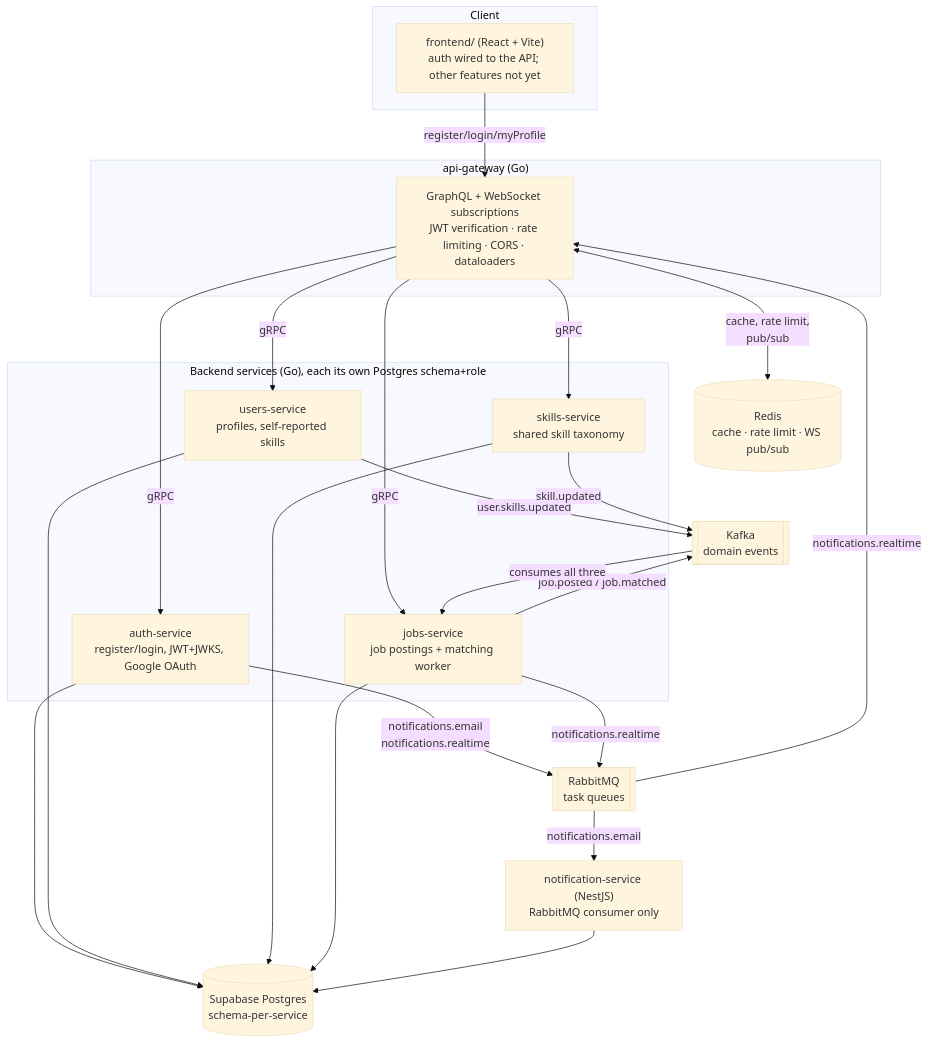
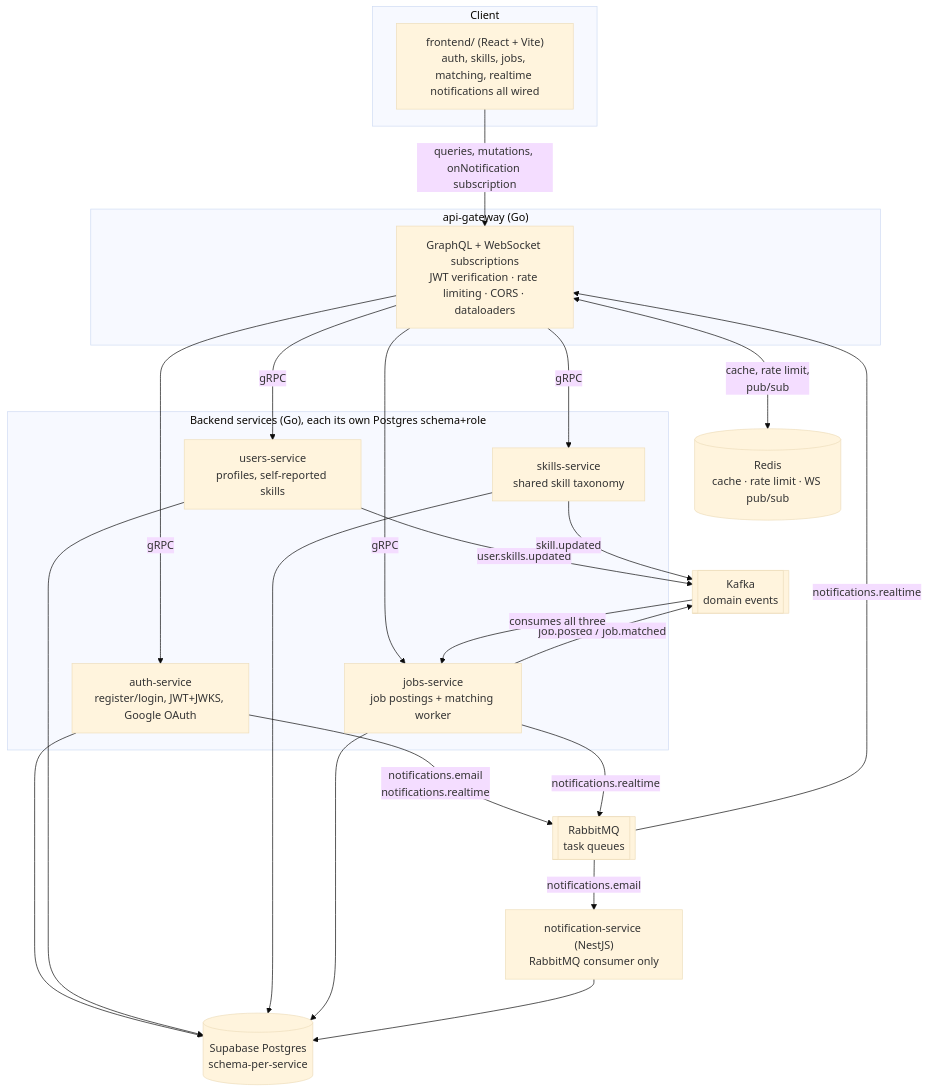
One commit to Siddsharma25/skill-bridge-platform changed the diagram in docs/ARCHITECTURE.md. Above: the diagram before and after it, drawn with Mermaid (base theme). The commit also changed other lines of this file and 21 other files, not shown here.

First line of the commit message:
Wire frontend to skills, jobs, matching, and realtime notifications

````diff
--- a/docs/ARCHITECTURE.md
+++ b/docs/ARCHITECTURE.md
@@ -7,47 +7,47 @@
 ```mermaid
 flowchart TB
     subgraph client["Client"]
-        FE["frontend/ (React + Vite)\nauth wired to the API; other features not yet"]
+        FE["frontend/ (React + Vite)\nauth, skills, jobs, matching, realtime notifications all wired"]
     end
 
     subgraph gw["api-gateway (Go)"]
         GQL["GraphQL + WebSocket subscriptions\nJWT verification · rate limiting · CORS · dataloaders"]
     end
 
     subgraph services["Backend services (Go), each its own Postgres schema+role"]
         AUTH["auth-service\nregister/login, JWT+JWKS, Google OAuth"]
         USERS["users-service\nprofiles, self-reported skills"]
         SKILLS["skills-service\nshared skill taxonomy"]
         JOBS["jobs-service\njob postings + matching worker"]
     end
 
     NOTIF["notification-service (NestJS)\nRabbitMQ consumer only"]
 
     DB[("Supabase Postgres\nschema-per-service")]
     REDIS[("Redis\ncache · rate limit · WS pub/sub")]
     KAFKA[["Kafka\ndomain events"]]
     RABBIT[["RabbitMQ\ntask queues"]]
 
-    FE -->|"register/login/myProfile"| GQL
+    FE -->|"queries, mutations, onNotification subscription"| GQL
     GQL -->|gRPC| AUTH
     GQL -->|gRPC| USERS
     GQL -->|gRPC| SKILLS
     GQL -->|gRPC| JOBS
     GQL <-->|"cache, rate limit,\npub/sub"| REDIS
 
     AUTH --> DB
     USERS --> DB
     SKILLS --> DB
     JOBS --> DB
     NOTIF --> DB
 
     USERS -- "user.skills.updated" --> KAFKA
     SKILLS -- "skill.updated" --> KAFKA
     JOBS -- "job.posted / job.matched" --> KAFKA
     KAFKA -- "consumes all three" --> JOBS
 
     AUTH -- "notifications.email\nnotifications.realtime" --> RABBIT
     JOBS -- "notifications.realtime" --> RABBIT
     RABBIT -- "notifications.email" --> NOTIF
     RABBIT -- "notifications.realtime" --> GQL
 ```
````
